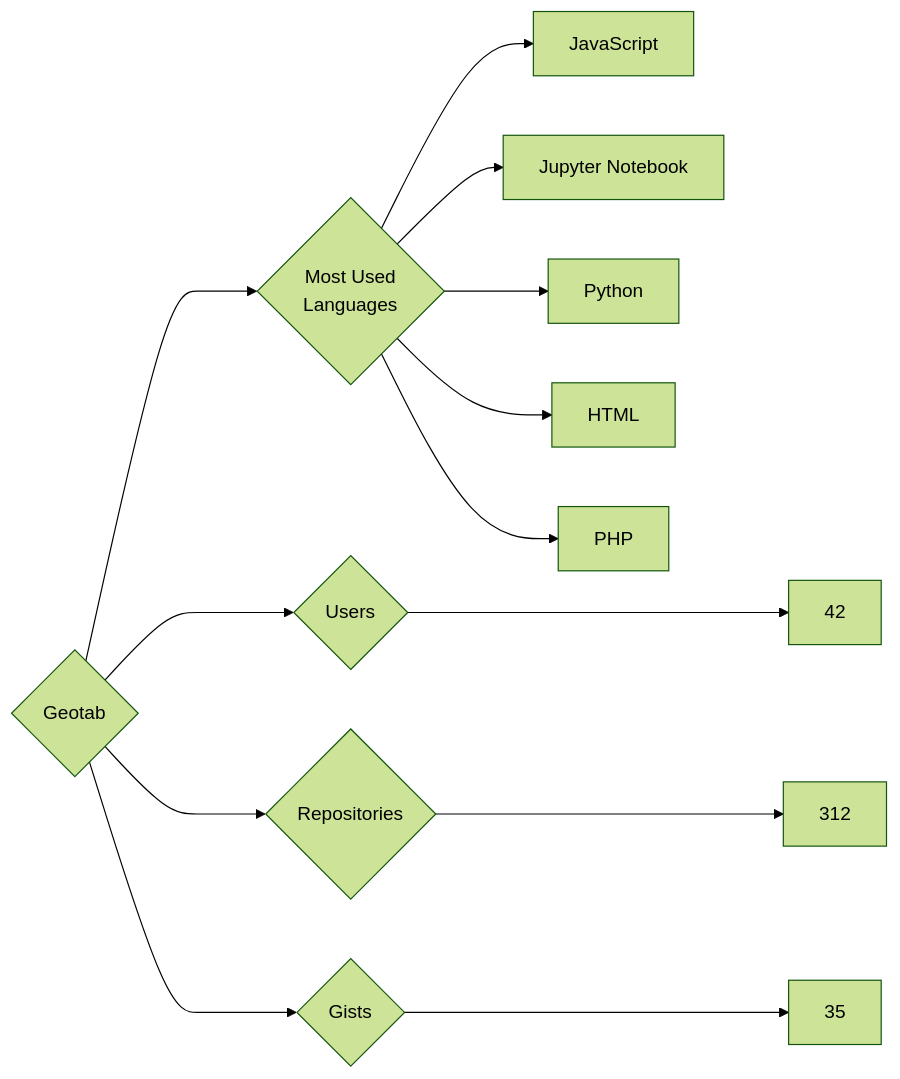
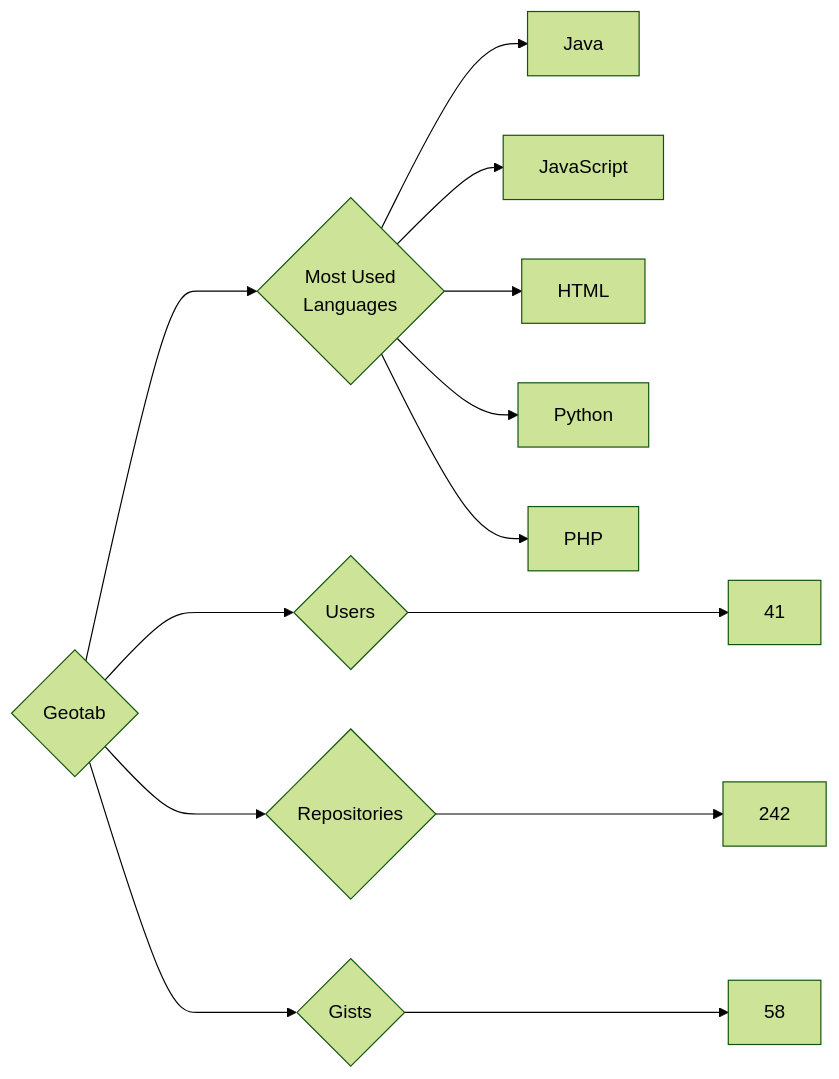
One commit to trickest/insiders changed the diagram in targets/Geotab/README.md. Above: the diagram before and after it, drawn with Mermaid (forest theme). The commit also changed 736 other files, not shown here.

````diff
--- a/targets/Geotab/README.md
+++ b/targets/Geotab/README.md
@@ -3,13 +3,13 @@
 ```mermaid
 graph LR
 COMPANY_NAME{Geotab}
-COMPANY_NAME ---> U{Users} ---> UN[42]
-COMPANY_NAME ---> R{Repositories} ---> RN[312]
-COMPANY_NAME ---> G{Gists} ---> GN[35]
+COMPANY_NAME ---> U{Users} ---> UN[41]
+COMPANY_NAME ---> R{Repositories} ---> RN[242]
+COMPANY_NAME ---> G{Gists} ---> GN[58]
 COMPANY_NAME ---> ML{Most Used<br>Languages}
+ML --> Java[Java]
 ML --> JavaScript[JavaScript]
-ML --> Jupyter_Notebook[Jupyter Notebook]
+ML --> HTML[HTML]
 ML --> Python[Python]
-ML --> HTML[HTML]
 ML --> PHP[PHP]
 ```
````
